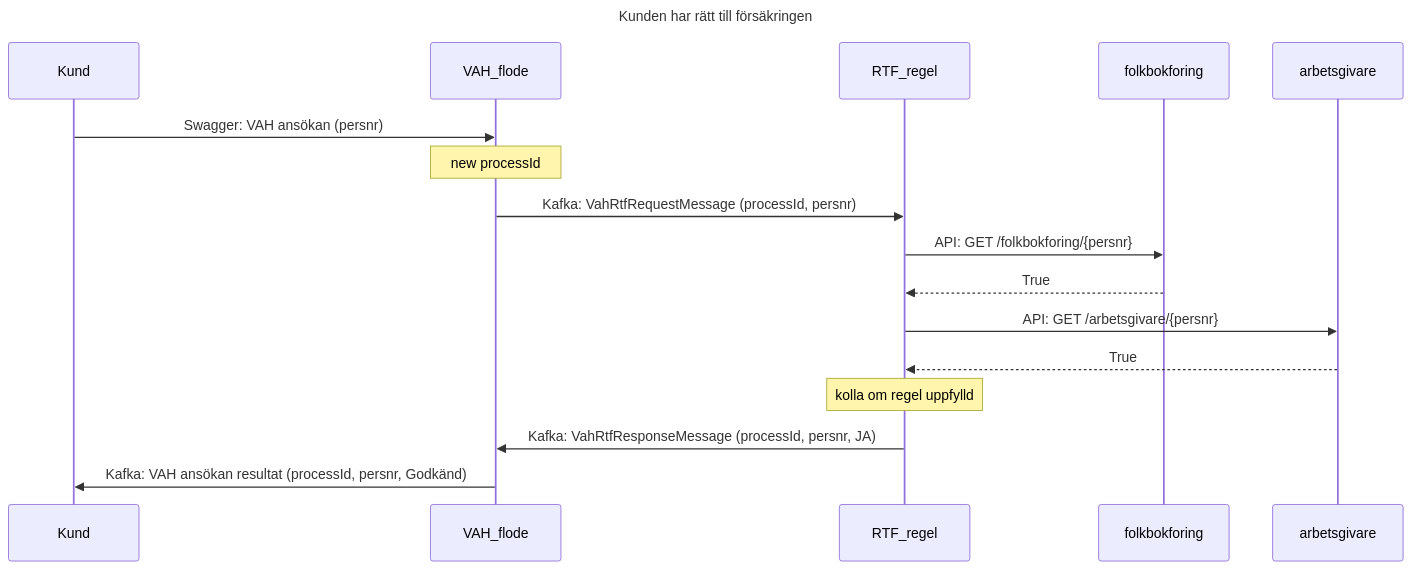
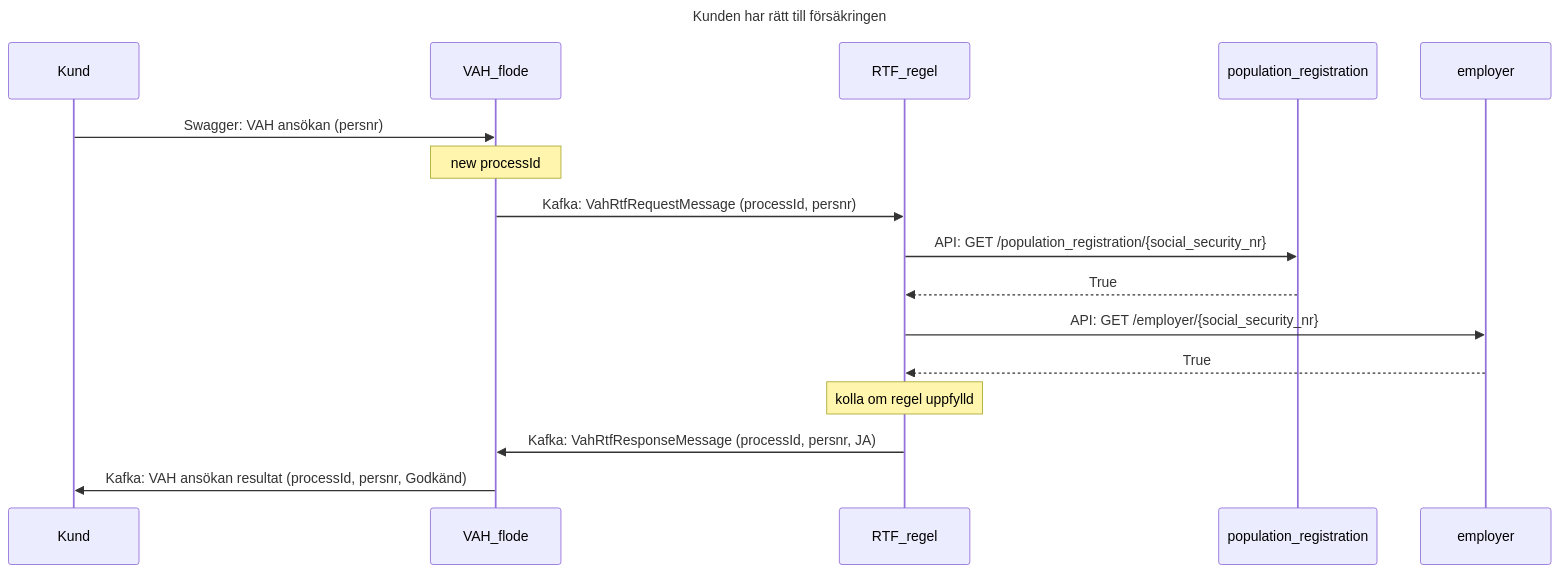
The diagram in sequences/ratt_till_forsakring_ok.mmd (Forsakringskassan/rimfrost), drawn with Mermaid before and after one commit. The commit also changed 3 other files, not shown here.

```diff
--- a/sequences/ratt_till_forsakring_ok.mmd
+++ b/sequences/ratt_till_forsakring_ok.mmd
@@ -1,18 +1,18 @@
 sequenceDiagram
     title Kunden har rätt till försäkringen
     participant Kund
     participant VAH_flode
     participant RTF_regel
-    participant folkbokforing
-    participant arbetsgivare
+    participant population_registration
+    participant employer
 
     Kund ->> VAH_flode: Swagger: VAH ansökan (persnr)
     note over VAH_flode: new processId
     VAH_flode ->> RTF_regel: Kafka: VahRtfRequestMessage (processId, persnr)
-    RTF_regel ->> folkbokforing: API: GET /folkbokforing/{persnr}
-    folkbokforing -->> RTF_regel: True
-    RTF_regel ->> arbetsgivare: API:  GET /arbetsgivare/{persnr}
-    arbetsgivare -->> RTF_regel: True
+    RTF_regel ->> population_registration: API: GET /population_registration/{social_security_nr}
+    population_registration -->> RTF_regel: True
+    RTF_regel ->> employer: API:  GET /employer/{social_security_nr}
+    employer -->> RTF_regel: True
     note over RTF_regel: kolla om regel uppfylld
     RTF_regel ->> VAH_flode: Kafka: VahRtfResponseMessage (processId, persnr, JA)
     VAH_flode ->> Kund: Kafka: VAH ansökan resultat (processId, persnr, Godkänd)
```
